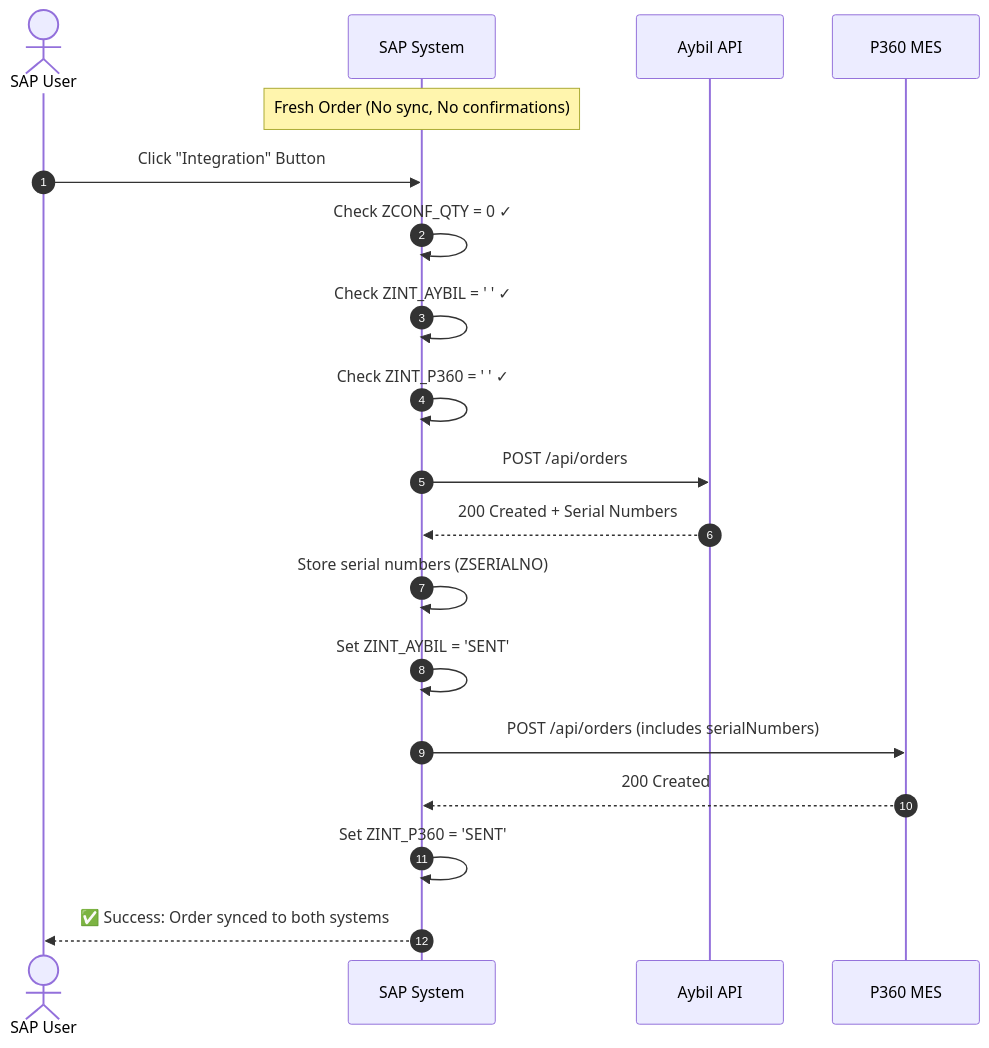
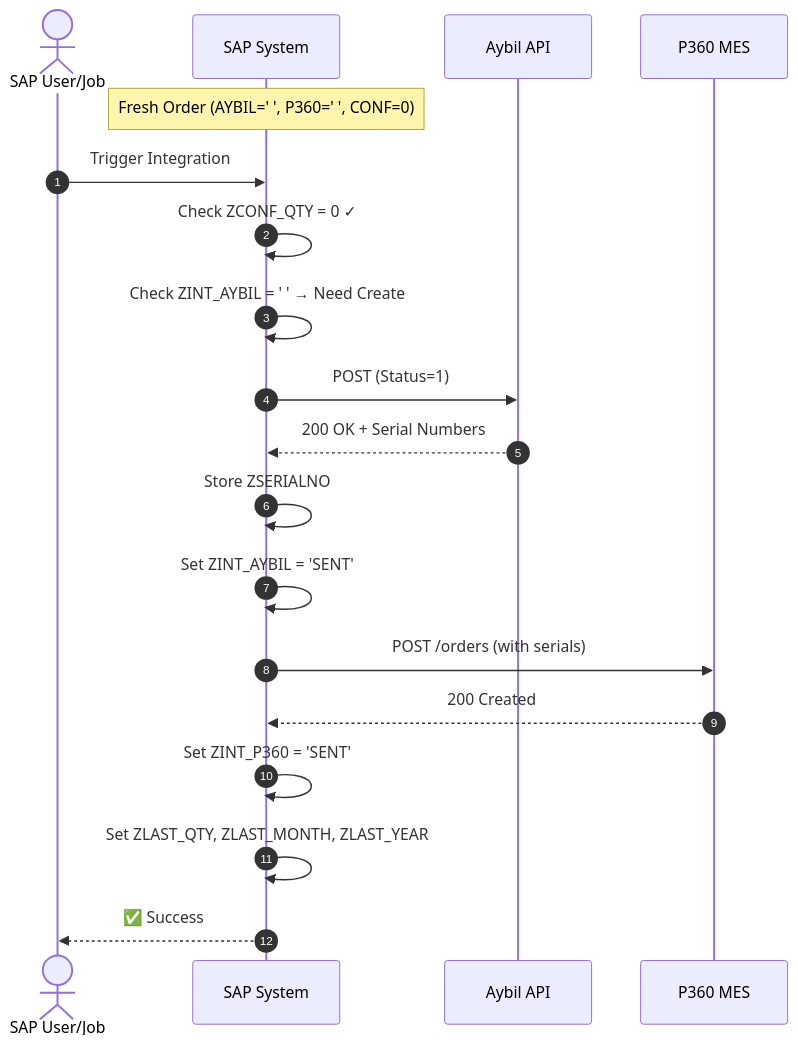
Before and after one commit to genciii/genciii: the first of 5 diagrams in P360_Order_Integration.md, drawn with Mermaid. The commit also changed other lines of this file, not shown here.

````diff
--- a/P360_Order_Integration.md
+++ b/P360_Order_Integration.md
@@ -324,26 +484,26 @@
 ```mermaid
 sequenceDiagram
     autonumber
-    actor User as SAP User
+    actor User as SAP User/Job
     participant SAP as SAP System
     participant Aybil as Aybil API
     participant P360 as P360 MES
 
-    Note over SAP: Fresh Order (No sync, No confirmations)
+    Note over SAP: Fresh Order (AYBIL=' ', P360=' ', CONF=0)
     
-    User->>SAP: Click "Integration" Button
+    User->>SAP: Trigger Integration
     SAP->>SAP: Check ZCONF_QTY = 0 ✓
-    SAP->>SAP: Check ZINT_AYBIL = ' ' ✓
-    SAP->>SAP: Check ZINT_P360 = ' ' ✓
+    SAP->>SAP: Check ZINT_AYBIL = ' ' → Need Create
     
-    SAP->>Aybil: POST /api/orders
-    Aybil-->>SAP: 200 Created + Serial Numbers
-    SAP->>SAP: Store serial numbers (ZSERIALNO)
+    SAP->>Aybil: POST (Status=1)
+    Aybil-->>SAP: 200 OK + Serial Numbers
+    SAP->>SAP: Store ZSERIALNO
     SAP->>SAP: Set ZINT_AYBIL = 'SENT'
     
-    SAP->>P360: POST /api/orders (includes serialNumbers)
+    SAP->>P360: POST /orders (with serials)
     P360-->>SAP: 200 Created
     SAP->>SAP: Set ZINT_P360 = 'SENT'
+    SAP->>SAP: Set ZLAST_QTY, ZLAST_MONTH, ZLAST_YEAR
     
-    SAP-->>User: ✅ Success: Order synced to both systems
+    SAP-->>User: ✅ Success
 ```
````
